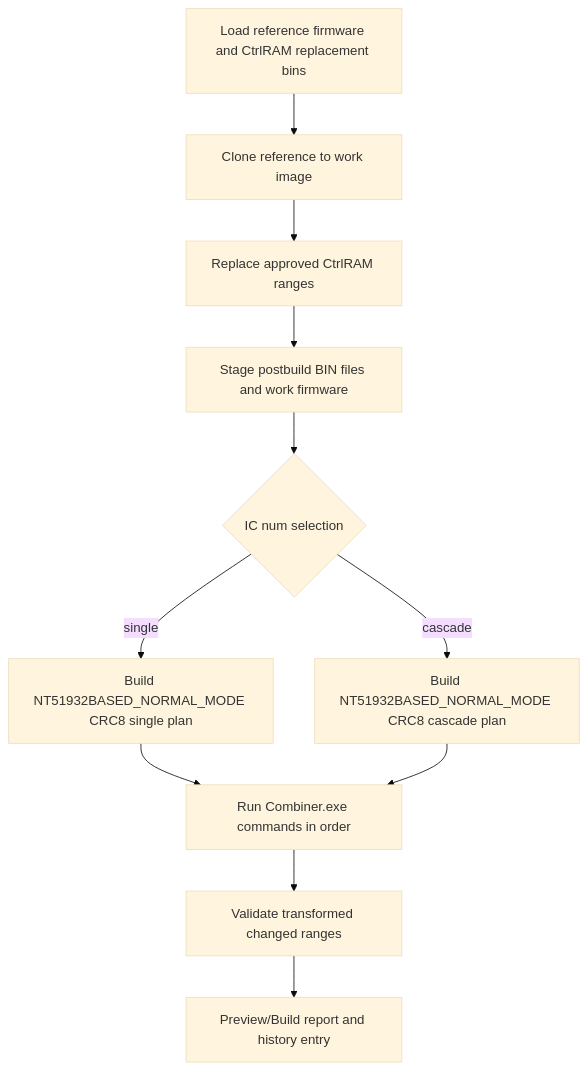
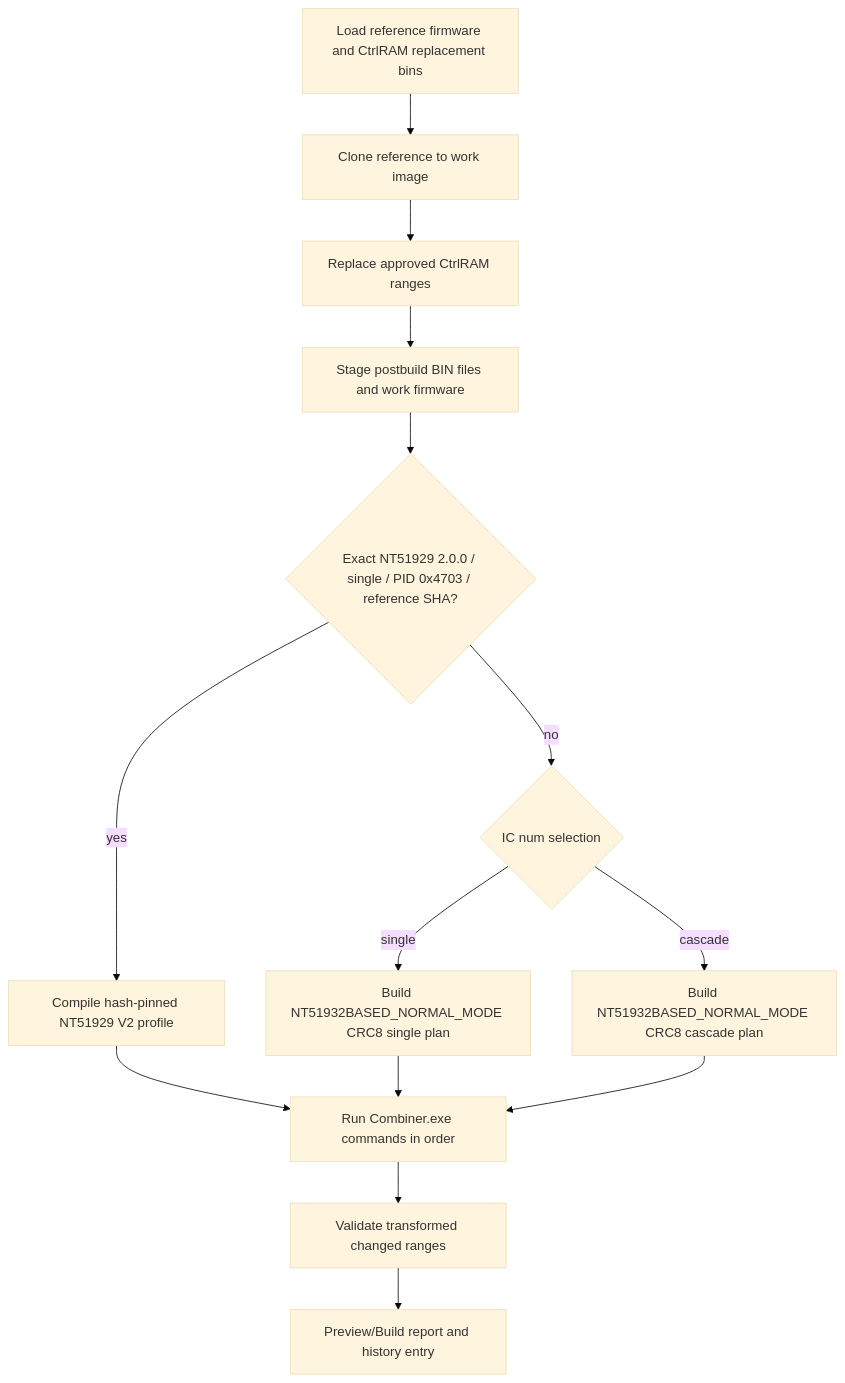
One commit to Dennis40816/nvt_fw_combiner changed the tenth of 13 diagrams in docs/architecture/ic-workflow-flowcharts.md. Above: the diagram before and after it, drawn with Mermaid (base theme). The commit also changed other lines of this file and 17 other files, not shown here.

Commit message:
feat(ctrlram): route exact NT51929 single through V2

````diff
--- a/docs/architecture/ic-workflow-flowcharts.md
+++ b/docs/architecture/ic-workflow-flowcharts.md
@@ -257,13 +257,16 @@
 ```mermaid
 flowchart TD
     A["Load reference firmware and CtrlRAM replacement bins"] --> B["Clone reference to work image"]
     B --> C["Replace approved CtrlRAM ranges"]
     C --> D["Stage postbuild BIN files and work firmware"]
-    D --> E{"IC num selection"}
+    D --> X{"Exact NT51929 2.0.0 / single / PID 0x4703 / reference SHA?"}
+    X -- "yes" --> Y["Compile hash-pinned NT51929 V2 profile"]
+    X -- "no" --> E{"IC num selection"}
     E -- "single" --> F["Build NT51932BASED_NORMAL_MODE CRC8 single plan"]
     E -- "cascade" --> G["Build NT51932BASED_NORMAL_MODE CRC8 cascade plan"]
+    Y --> H["Run Combiner.exe commands in order"]
     F --> H["Run Combiner.exe commands in order"]
     G --> H
     H --> I["Validate transformed changed ranges"]
     I --> J["Preview/Build report and history entry"]
 ```
````
